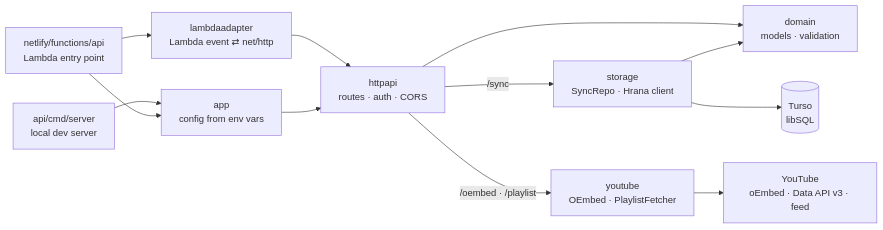
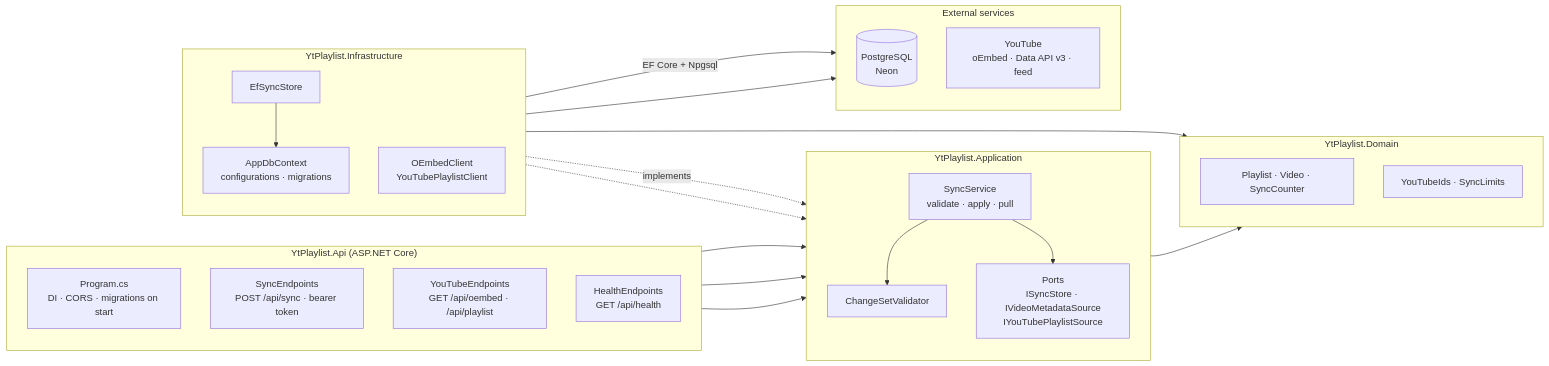
One commit to jestra52/yt-playlist-manager changed the second of 3 diagrams in docs/architecture.md. Above: the diagram before and after it, drawn with Mermaid. The commit also changed other lines of this file and 80 other files, not shown here.

First line of the commit message:
Rewrite the API in .NET with Entity Framework Core

````diff
--- a/docs/architecture.md
+++ b/docs/architecture.md
@@ -74,16 +76,49 @@
 ```mermaid
 flowchart LR
-    lambda["netlify/functions/api<br/>Lambda entry point"] --> adapter["lambdaadapter<br/>Lambda event ⇄ net/http"]
-    server["api/cmd/server<br/>local dev server"] --> wiring
-    lambda --> wiring["app<br/>config from env vars"]
-    adapter --> router
-    wiring --> router["httpapi<br/>routes · auth · CORS"]
+    subgraph apiProject["YtPlaylist.Api (ASP.NET Core)"]
+        direction TB
+        program["Program.cs<br/>DI · CORS · migrations on start"]
+        syncEp["SyncEndpoints<br/>POST /api/sync · bearer token"]
+        ytEp["YouTubeEndpoints<br/>GET /api/oembed · /api/playlist"]
+        healthEp["HealthEndpoints<br/>GET /api/health"]
+    end
 
-    router -- "/sync" --> storage["storage<br/>SyncRepo · Hrana client"]
-    router -- "/oembed · /playlist" --> youtube["youtube<br/>OEmbed · PlaylistFetcher"]
-    router --> domain["domain<br/>models · validation"]
-    storage --> domain
+    subgraph application["YtPlaylist.Application"]
+        direction TB
+        syncSvc["SyncService<br/>validate · apply · pull"]
+        validator["ChangeSetValidator"]
+        ports["Ports<br/>ISyncStore · IVideoMetadataSource<br/>IYouTubePlaylistSource"]
+    end
 
-    storage --> turso[("Turso<br/>libSQL")]
-    youtube --> yt["YouTube<br/>oEmbed · Data API v3 · feed"]
+    subgraph domain["YtPlaylist.Domain"]
+        direction TB
+        entities["Playlist · Video · SyncCounter"]
+        rules["YouTubeIds · SyncLimits"]
+    end
+
+    subgraph infrastructure["YtPlaylist.Infrastructure"]
+        direction TB
+        store["EfSyncStore"]
+        dbContext["AppDbContext<br/>configurations · migrations"]
+        clients["OEmbedClient<br/>YouTubePlaylistClient"]
+        store --> dbContext
+    end
+
+    syncEp --> syncSvc
+    syncSvc --> validator & ports
+    ytEp --> ports
+    healthEp --> syncSvc
+    store -. "implements" .-> ports
+    clients -.-> ports
+    validator --> rules
+    dbContext --> entities
+
+    subgraph external["External services"]
+        direction TB
+        postgres[("PostgreSQL<br/>Neon")]
+        yt["YouTube<br/>oEmbed · Data API v3 · feed"]
+    end
+
+    dbContext -- "EF Core + Npgsql" --> postgres
+    clients --> yt
 ```
````
